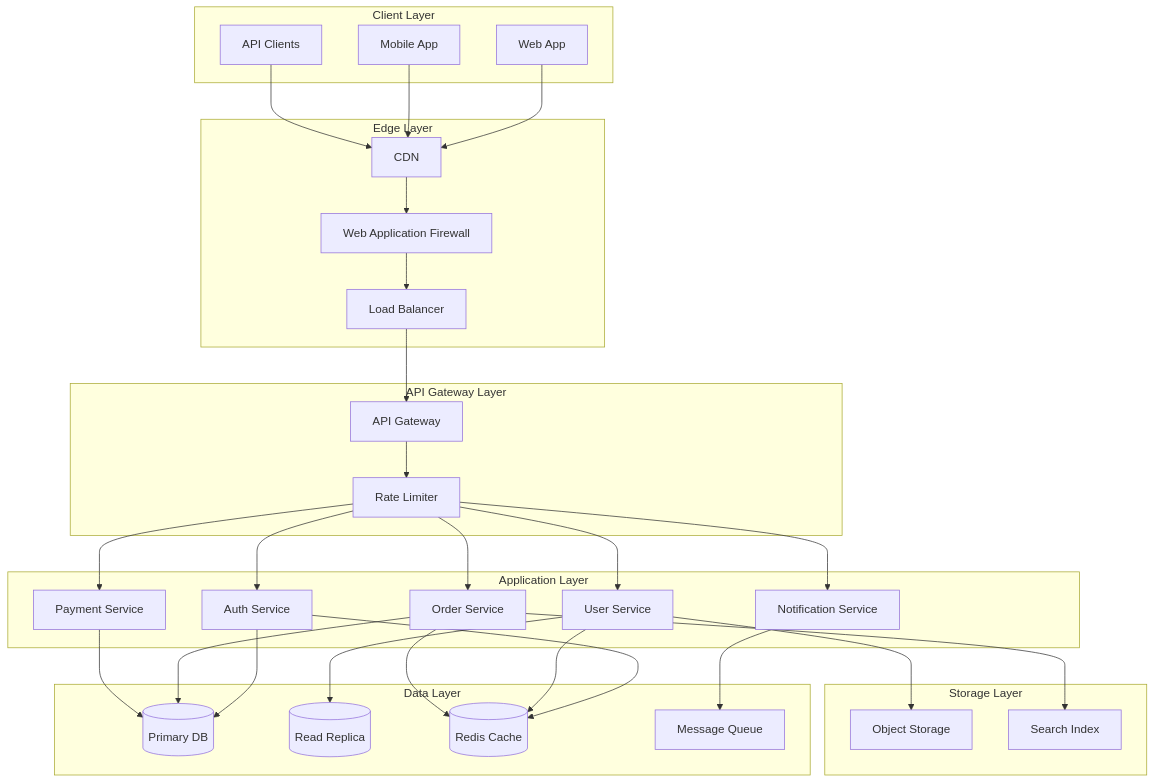
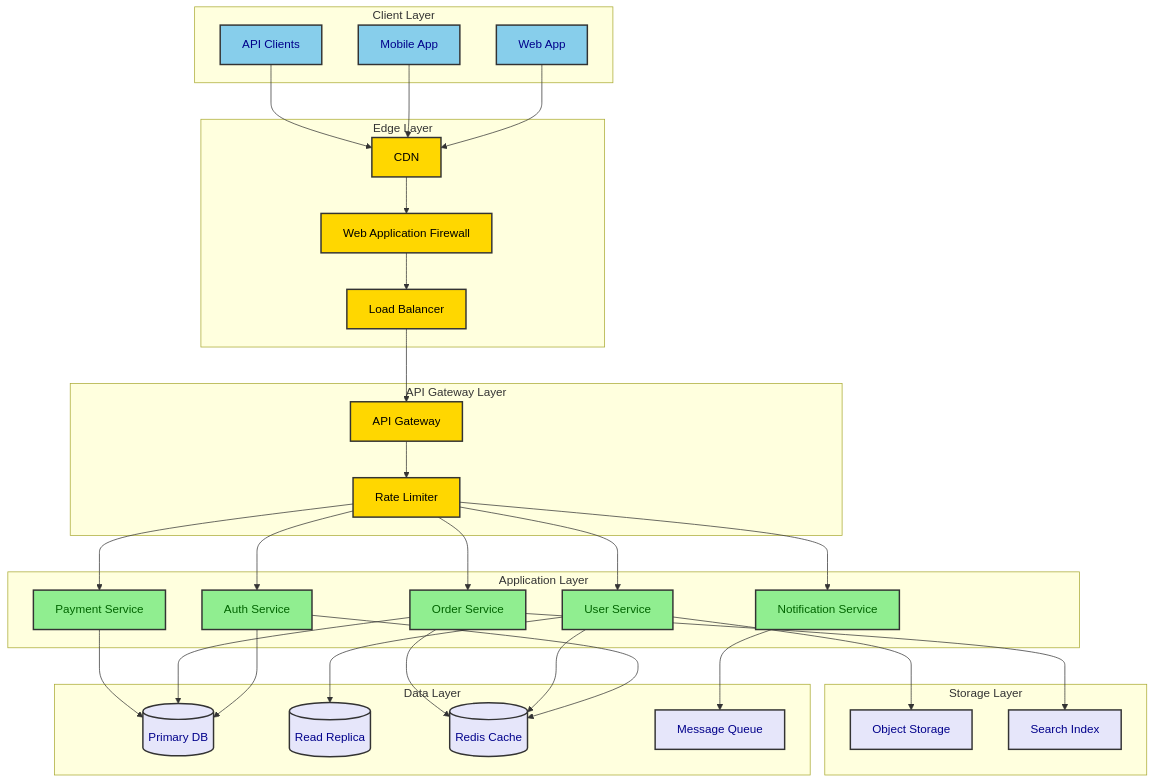
One commit to kasiopeiya/claude-dev-template changed the second of 18 diagrams in .claude/skills/design-doc-mermaid/assets/system-design-template.md. Above: the diagram before and after it, drawn with Mermaid. The commit also changed other lines of this file and 5 other files, not shown here.

````diff
--- a/.claude/skills/design-doc-mermaid/assets/system-design-template.md
+++ b/.claude/skills/design-doc-mermaid/assets/system-design-template.md
@@ -80,65 +80,75 @@
 ```mermaid
 graph TB
     subgraph "Client Layer"
         Web[Web App]
         Mobile[Mobile App]
         API_Client[API Clients]
     end
 
     subgraph "Edge Layer"
         CDN[CDN]
         WAF[Web Application Firewall]
         LB[Load Balancer]
     end
 
     subgraph "API Gateway Layer"
         Gateway[API Gateway]
         RateLimit[Rate Limiter]
     end
 
     subgraph "Application Layer"
         Auth[Auth Service]
         User[User Service]
         Order[Order Service]
         Payment[Payment Service]
         Notification[Notification Service]
     end
 
     subgraph "Data Layer"
         PrimaryDB[(Primary DB)]
         ReplicaDB[(Read Replica)]
         Cache[(Redis Cache)]
         Queue[Message Queue]
     end
 
     subgraph "Storage Layer"
         ObjectStore[Object Storage]
         SearchIndex[Search Index]
     end
 
     Web --> CDN
     Mobile --> CDN
     API_Client --> CDN
     CDN --> WAF
     WAF --> LB
     LB --> Gateway
     Gateway --> RateLimit
     RateLimit --> Auth
     RateLimit --> User
     RateLimit --> Order
     RateLimit --> Payment
     RateLimit --> Notification
 
     Auth --> PrimaryDB
     User --> ReplicaDB
     Order --> PrimaryDB
     Payment --> PrimaryDB
     Notification --> Queue
 
     Auth --> Cache
     User --> Cache
     Order --> Cache
 
     User --> ObjectStore
     Order --> SearchIndex
+
+    classDef client fill:#87CEEB,stroke:#333,stroke-width:2px,color:darkblue
+    classDef edge fill:#FFD700,stroke:#333,stroke-width:2px,color:black
+    classDef service fill:#90EE90,stroke:#333,stroke-width:2px,color:darkgreen
+    classDef store fill:#E6E6FA,stroke:#333,stroke-width:2px,color:darkblue
+
+    class Web,Mobile,API_Client client
+    class CDN,WAF,LB,Gateway,RateLimit edge
+    class Auth,User,Order,Payment,Notification service
+    class PrimaryDB,ReplicaDB,Cache,Queue,ObjectStore,SearchIndex store
 ```
````
